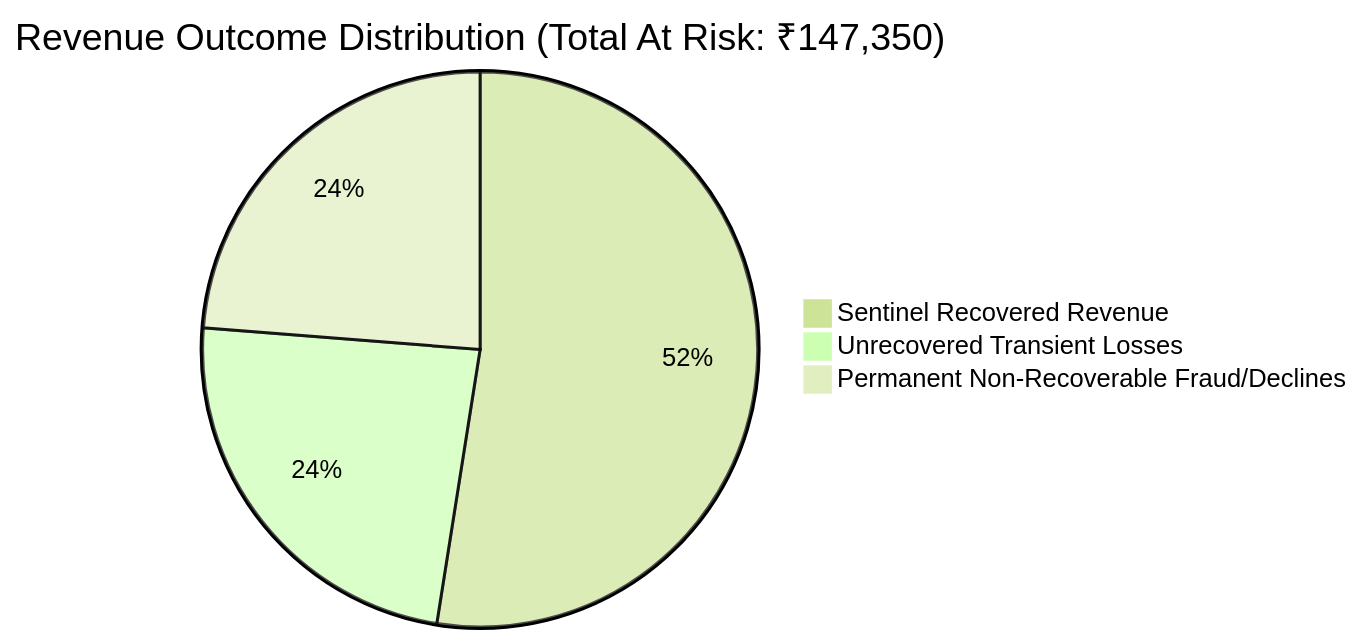
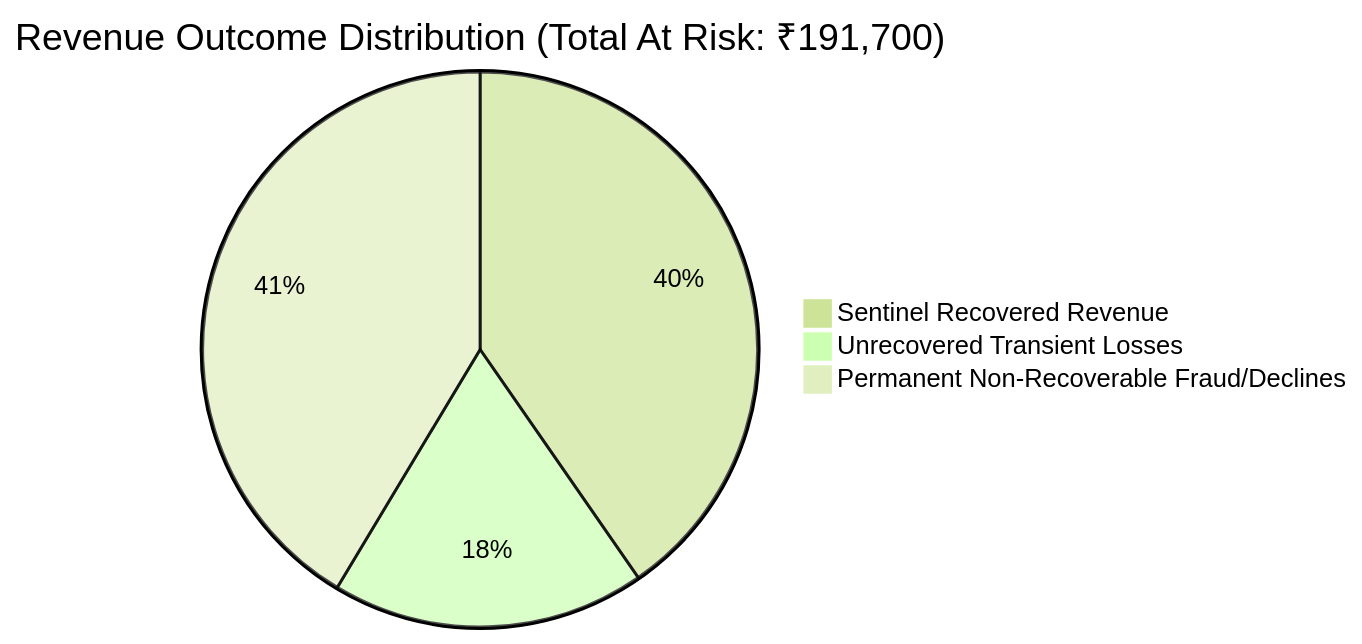
One commit to RohanShikhare/razorpay-sentinal changed the diagram in docs/submission/benchmark-results.md. Above: the diagram before and after it, drawn with Mermaid (forest theme). The commit also changed other lines of this file and 12 other files, not shown here.

````diff
--- a/docs/submission/benchmark-results.md
+++ b/docs/submission/benchmark-results.md
@@ -19,6 +19,6 @@
 ```mermaid
-pie title Revenue Outcome Distribution (Total At Risk: ₹147,350)
+pie title Revenue Outcome Distribution (Total At Risk: ₹191,700)
     "Sentinel Recovered Revenue" : 77350
     "Unrecovered Transient Losses" : 35000
-    "Permanent Non-Recoverable Fraud/Declines" : 35000
+    "Permanent Non-Recoverable Fraud/Declines" : 79350
 ```
````
